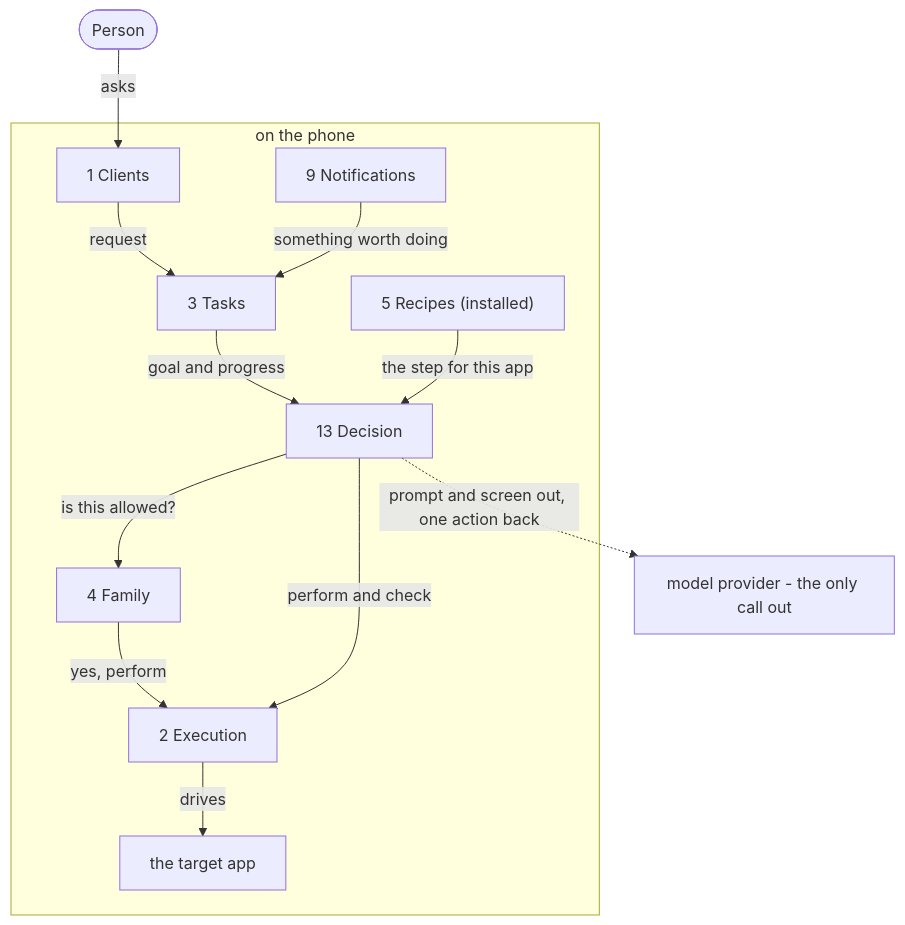
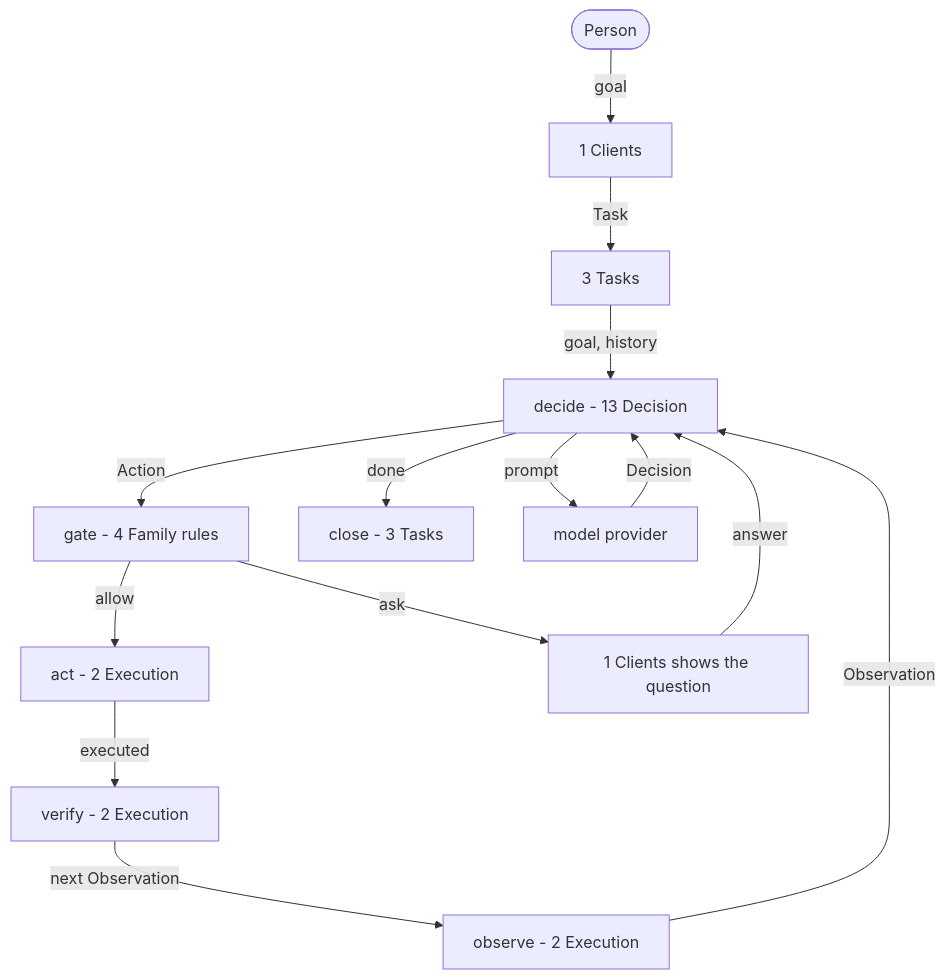
Before and after one commit to ChayaLevi/hopa: the first of 3 diagrams in docs/project/operations/teams.md, drawn with Mermaid. The commit also changed other lines of this file, not shown here.

First line of the commit message:
docs(teams): replace the request picture with the loop and its contracts

````diff
--- a/docs/project/operations/teams.md
+++ b/docs/project/operations/teams.md
@@ -83,28 +83,25 @@
 ```mermaid
 flowchart TB
     person(["Person"])
+    observe["observe - 2 Execution"]
+    decide["decide - 13 Decision"]
+    gate["gate - 4 Family rules"]
+    act["act - 2 Execution"]
+    verify["verify - 2 Execution"]
 
-    subgraph phone["on the phone"]
-        clients["1 Clients"]
-        notes["9 Notifications"]
-        tasks["3 Tasks"]
-        recipes["5 Recipes (installed)"]
-        decision["13 Decision"]
-        family["4 Family"]
-        execution["2 Execution"]
-        target["the target app"]
-    end
+    person -->|goal| client["1 Clients"]
+    client -->|Task| task["3 Tasks"]
+    task -->|goal, history| decide
+    observe -->|Observation| decide
+    decide -->|Action| gate
+    gate -->|allow| act
+    act -->|executed| verify
+    verify -->|next Observation| observe
+    decide -->|done| close["close - 3 Tasks"]
+    gate -->|ask| user["1 Clients shows the question"]
+    user -->|answer| decide
 
-    model["model provider - the only call out"]
-
-    person -->|asks| clients
-    clients -->|request| tasks
-    notes -->|something worth doing| tasks
-    tasks -->|goal and progress| decision
-    recipes -->|the step for this app| decision
-    decision -->|is this allowed?| family
-    family -->|yes, perform| execution
-    decision -->|perform and check| execution
-    execution -->|drives| target
-    decision -.->|prompt and screen out, one action back| model
+    model["model provider"]
+    decide -->|prompt| model
+    model -->|Decision| decide
 ```
````
